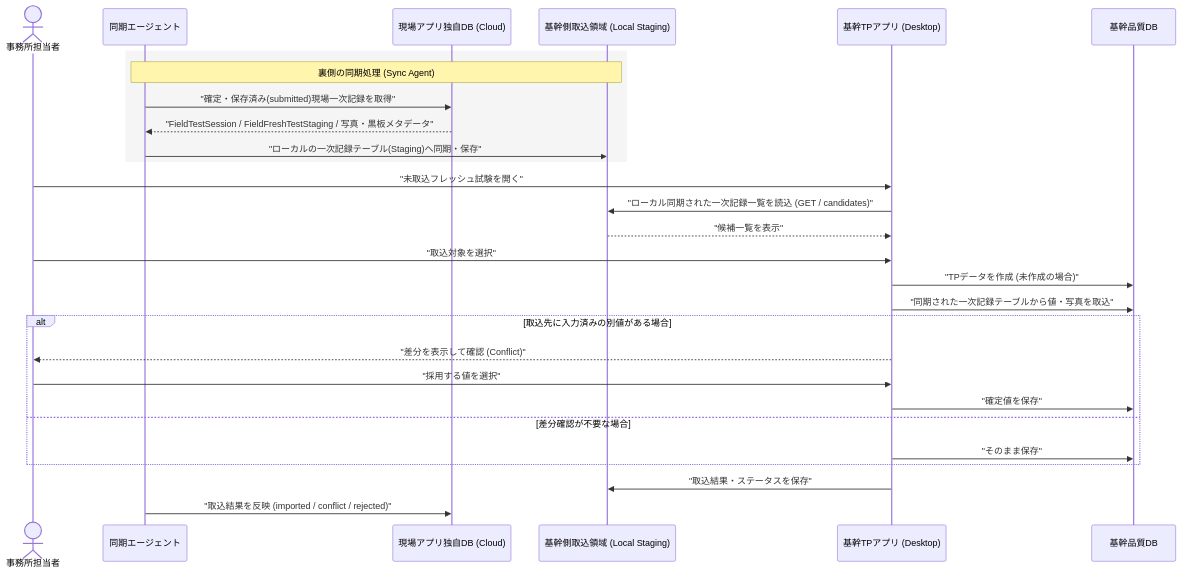
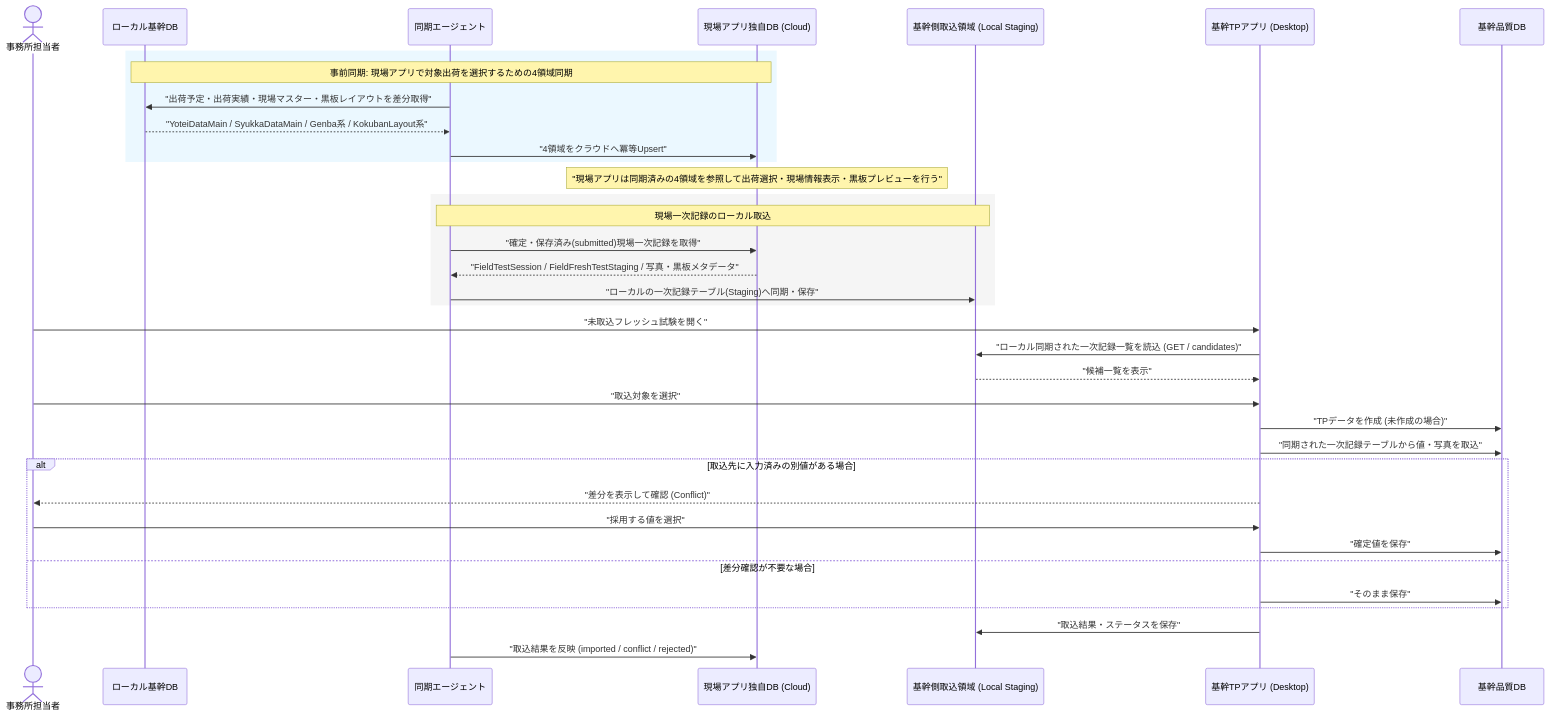
The sixth of 11 diagrams in docs/Labonity用現場試験アプリ_設計書_v1.0.md (sakku0039/FieldTester), drawn with Mermaid before and after one commit. The commit also changed other lines of this file, not shown here.

````diff
--- a/docs/Labonity用現場試験アプリ_設計書_v1.0.md
+++ b/docs/Labonity用現場試験アプリ_設計書_v1.0.md
@@ -393,34 +409,44 @@
 ```mermaid
 sequenceDiagram
     actor OfficeUser as 事務所担当者
+    participant LocalDB as ローカル基幹DB
     participant SyncAgent as 同期エージェント
     participant CloudDB as 現場アプリ独自DB (Cloud)
     participant LocalStaging as 基幹側取込領域 (Local Staging)
     participant DesktopApp as 基幹TPアプリ (Desktop)
     participant CoreDB as 基幹品質DB
 
+    rect rgb(235, 248, 255)
+        note over LocalDB,CloudDB: 事前同期: 現場アプリで対象出荷を選択するための4領域同期
+        SyncAgent->>LocalDB: "出荷予定・出荷実績・現場マスター・黒板レイアウトを差分取得"
+        LocalDB-->>SyncAgent: "YoteiDataMain / SyukkaDataMain / Genba系 / KokubanLayout系"
+        SyncAgent->>CloudDB: "4領域をクラウドへ冪等Upsert"
+    end
+
+    note over CloudDB: "現場アプリは同期済みの4領域を参照して出荷選択・現場情報表示・黒板プレビューを行う"
+
     rect rgb(245, 245, 245)
-        note over SyncAgent,LocalStaging: 裏側の同期処理 (Sync Agent)
+        note over SyncAgent,LocalStaging: 現場一次記録のローカル取込
         SyncAgent->>CloudDB: "確定・保存済み(submitted)現場一次記録を取得"
         CloudDB-->>SyncAgent: "FieldTestSession / FieldFreshTestStaging / 写真・黒板メタデータ"
         SyncAgent->>LocalStaging: "ローカルの一次記録テーブル(Staging)へ同期・保存"
     end
 
     OfficeUser->>DesktopApp: "未取込フレッシュ試験を開く"
     DesktopApp->>LocalStaging: "ローカル同期された一次記録一覧を読込 (GET / candidates)"
     LocalStaging-->>DesktopApp: "候補一覧を表示"
     OfficeUser->>DesktopApp: "取込対象を選択"
     DesktopApp->>CoreDB: "TPデータを作成 (未作成の場合)"
     DesktopApp->>CoreDB: "同期された一次記録テーブルから値・写真を取込"
 
     alt 取込先に入力済みの別値がある場合
         DesktopApp-->>OfficeUser: "差分を表示して確認 (Conflict)"
         OfficeUser->>DesktopApp: "採用する値を選択"
         DesktopApp->>CoreDB: "確定値を保存"
     else 差分確認が不要な場合
         DesktopApp->>CoreDB: "そのまま保存"
     end
 
     DesktopApp->>LocalStaging: "取込結果・ステータスを保存"
     SyncAgent->>CloudDB: "取込結果を反映 (imported / conflict / rejected)"
 ```
````
